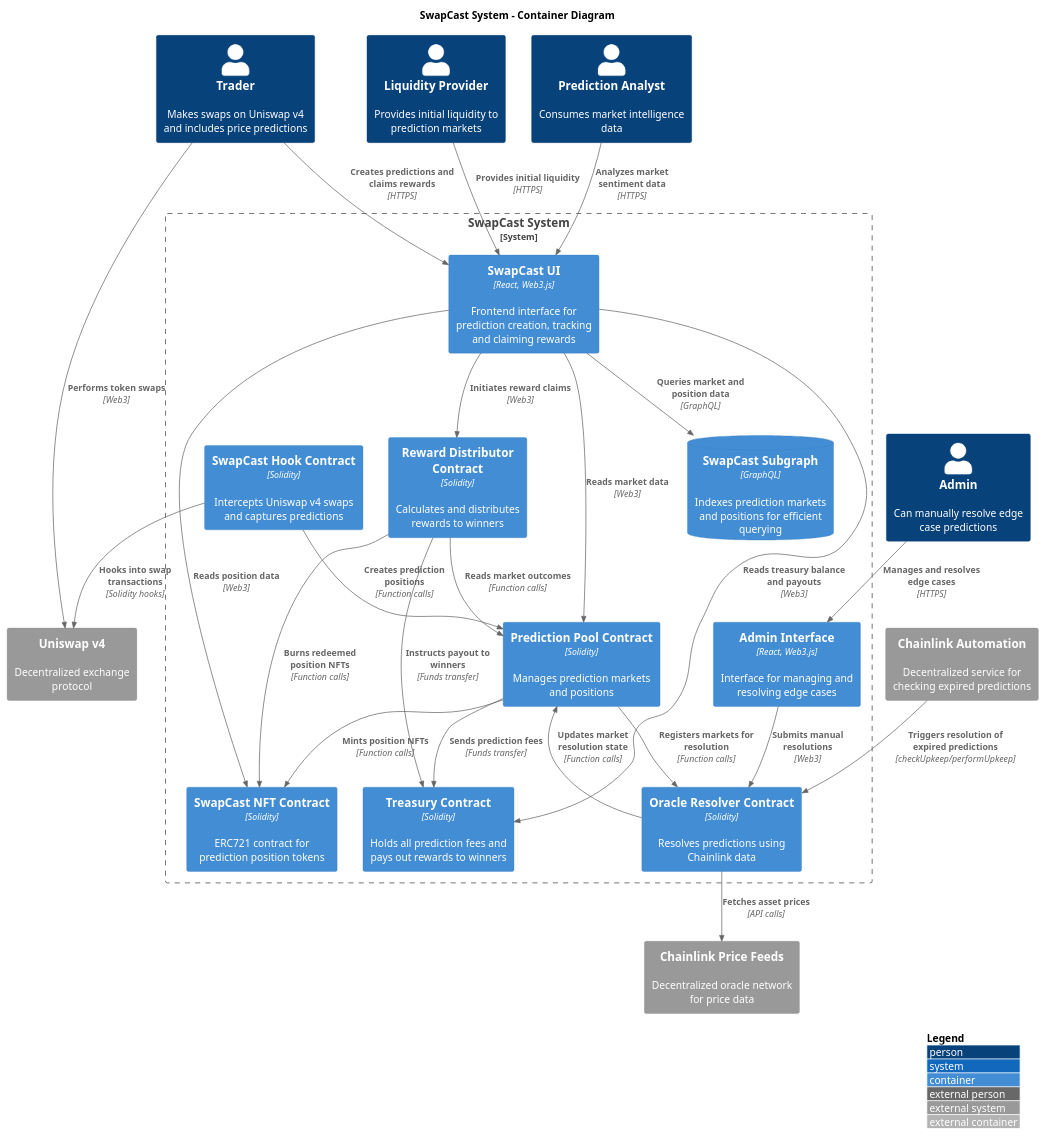
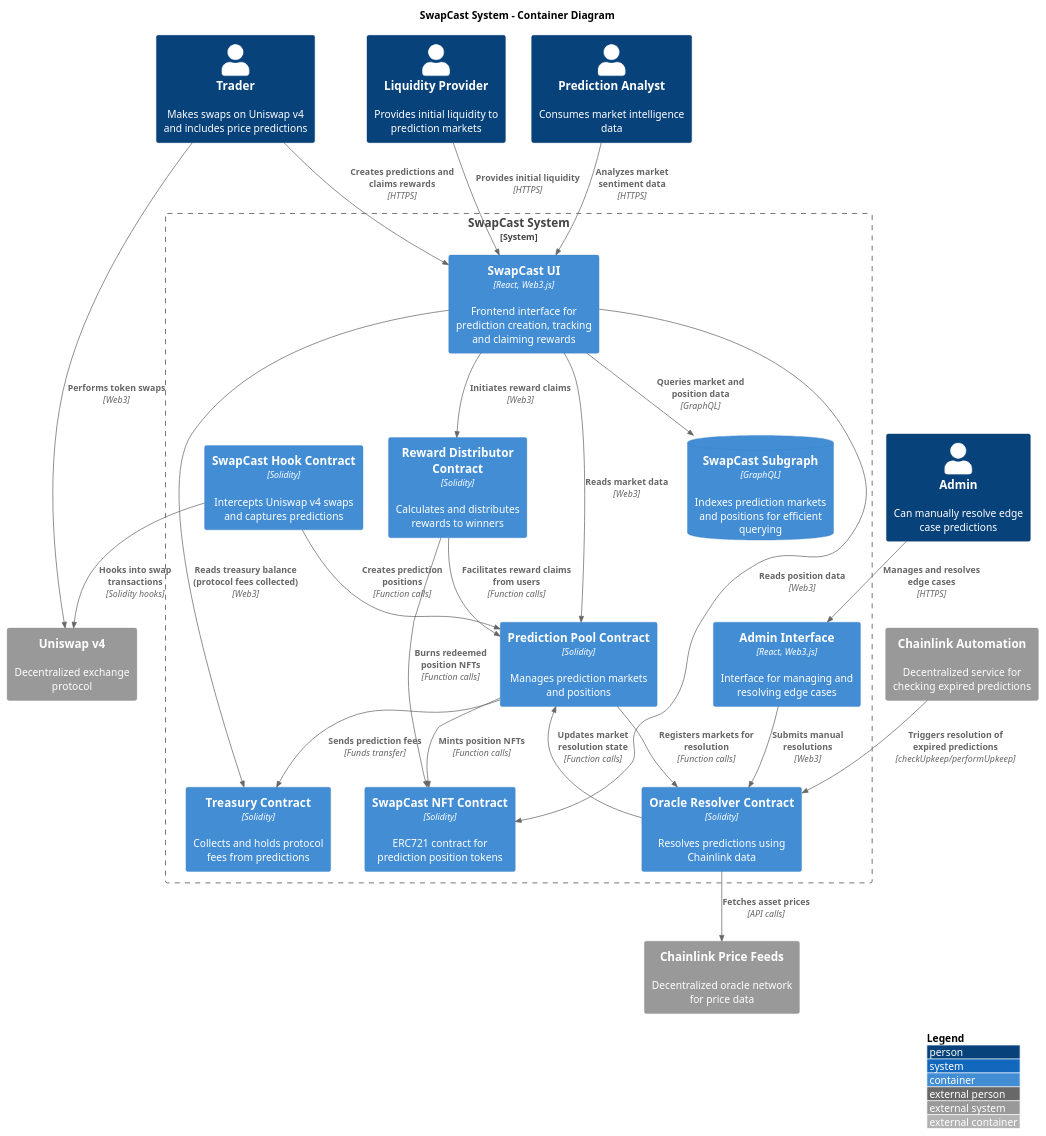
Before and after one commit to s-di-cola/swapcast: the diagram in docs/c4_architecture/1_container.puml, drawn with PlantUML. The commit also changed 21 other files, not shown here.

```diff
--- a/docs/c4_architecture/1_container.puml
+++ b/docs/c4_architecture/1_container.puml
@@ -1,60 +1,59 @@
 @startuml
 !include https://raw.githubusercontent.com/plantuml-stdlib/C4-PlantUML/master/C4_Context.puml
 !include https://raw.githubusercontent.com/plantuml-stdlib/C4-PlantUML/master/C4_Container.puml
 
 LAYOUT_WITH_LEGEND()
 
 title "SwapCast System - Container Diagram"
 
 Person(trader, "Trader", "Makes swaps on Uniswap v4 and includes price predictions")
 Person(liquidity_provider, "Liquidity Provider", "Provides initial liquidity to prediction markets")
 Person(prediction_analyst, "Prediction Analyst", "Consumes market intelligence data")
 Person(admin, "Admin", "Can manually resolve edge case predictions")
 
 System_Boundary(swapcast, "SwapCast System") {
     Container(swapcast_ui, "SwapCast UI", "React, Web3.js", "Frontend interface for prediction creation, tracking and claiming rewards")
     Container(admin_ui, "Admin Interface", "React, Web3.js", "Interface for managing and resolving edge cases")
 
     Container(swapcast_hook, "SwapCast Hook Contract", "Solidity", "Intercepts Uniswap v4 swaps and captures predictions")
     Container(prediction_pool, "Prediction Pool Contract", "Solidity", "Manages prediction markets and positions")
     Container(swapcast_nft, "SwapCast NFT Contract", "Solidity", "ERC721 contract for prediction position tokens")
     Container(oracle_resolver, "Oracle Resolver Contract", "Solidity", "Resolves predictions using Chainlink data")
     Container(reward_distributor, "Reward Distributor Contract", "Solidity", "Calculates and distributes rewards to winners")
-    Container(treasury, "Treasury Contract", "Solidity", "Holds all prediction fees and pays out rewards to winners")
+    Container(treasury, "Treasury Contract", "Solidity", "Collects and holds protocol fees from predictions")
 
     ContainerDb(subgraph, "SwapCast Subgraph", "GraphQL", "Indexes prediction markets and positions for efficient querying")
 }
 
 System_Ext(uniswap, "Uniswap v4", "Decentralized exchange protocol")
 System_Ext(chainlink_price, "Chainlink Price Feeds", "Decentralized oracle network for price data")
 System_Ext(chainlink_automation, "Chainlink Automation", "Decentralized service for checking expired predictions")
 
 Rel(trader, swapcast_ui, "Creates predictions and claims rewards", "HTTPS")
 Rel(trader, uniswap, "Performs token swaps", "Web3")
 Rel(liquidity_provider, swapcast_ui, "Provides initial liquidity", "HTTPS")
 Rel(prediction_analyst, swapcast_ui, "Analyzes market sentiment data", "HTTPS")
 Rel(admin, admin_ui, "Manages and resolves edge cases", "HTTPS")
 
 Rel(swapcast_ui, prediction_pool, "Reads market data", "Web3")
 Rel(swapcast_ui, swapcast_nft, "Reads position data", "Web3")
 Rel(swapcast_ui, reward_distributor, "Initiates reward claims", "Web3")
 Rel(swapcast_ui, subgraph, "Queries market and position data", "GraphQL")
 Rel(admin_ui, oracle_resolver, "Submits manual resolutions", "Web3")
 
 Rel(swapcast_hook, uniswap, "Hooks into swap transactions", "Solidity hooks")
 Rel(swapcast_hook, prediction_pool, "Creates prediction positions", "Function calls")
 Rel(prediction_pool, treasury, "Sends prediction fees", "Funds transfer")
-Rel(reward_distributor, treasury, "Instructs payout to winners", "Funds transfer")
-Rel(swapcast_ui, treasury, "Reads treasury balance and payouts", "Web3")
+Rel(swapcast_ui, treasury, "Reads treasury balance (protocol fees collected)", "Web3")
 
 Rel(prediction_pool, swapcast_nft, "Mints position NFTs", "Function calls")
 Rel(prediction_pool, oracle_resolver, "Registers markets for resolution", "Function calls")
 
 Rel(oracle_resolver, chainlink_price, "Fetches asset prices", "API calls")
 Rel(oracle_resolver, prediction_pool, "Updates market resolution state", "Function calls")
 Rel(chainlink_automation, oracle_resolver, "Triggers resolution of expired predictions", "checkUpkeep/performUpkeep")
 
-Rel(reward_distributor, prediction_pool, "Reads market outcomes", "Function calls")
+Rel(reward_distributor, prediction_pool, "Facilitates reward claims from users", "Function calls")
 Rel(reward_distributor, swapcast_nft, "Burns redeemed position NFTs", "Function calls")
 
 @enduml
```
